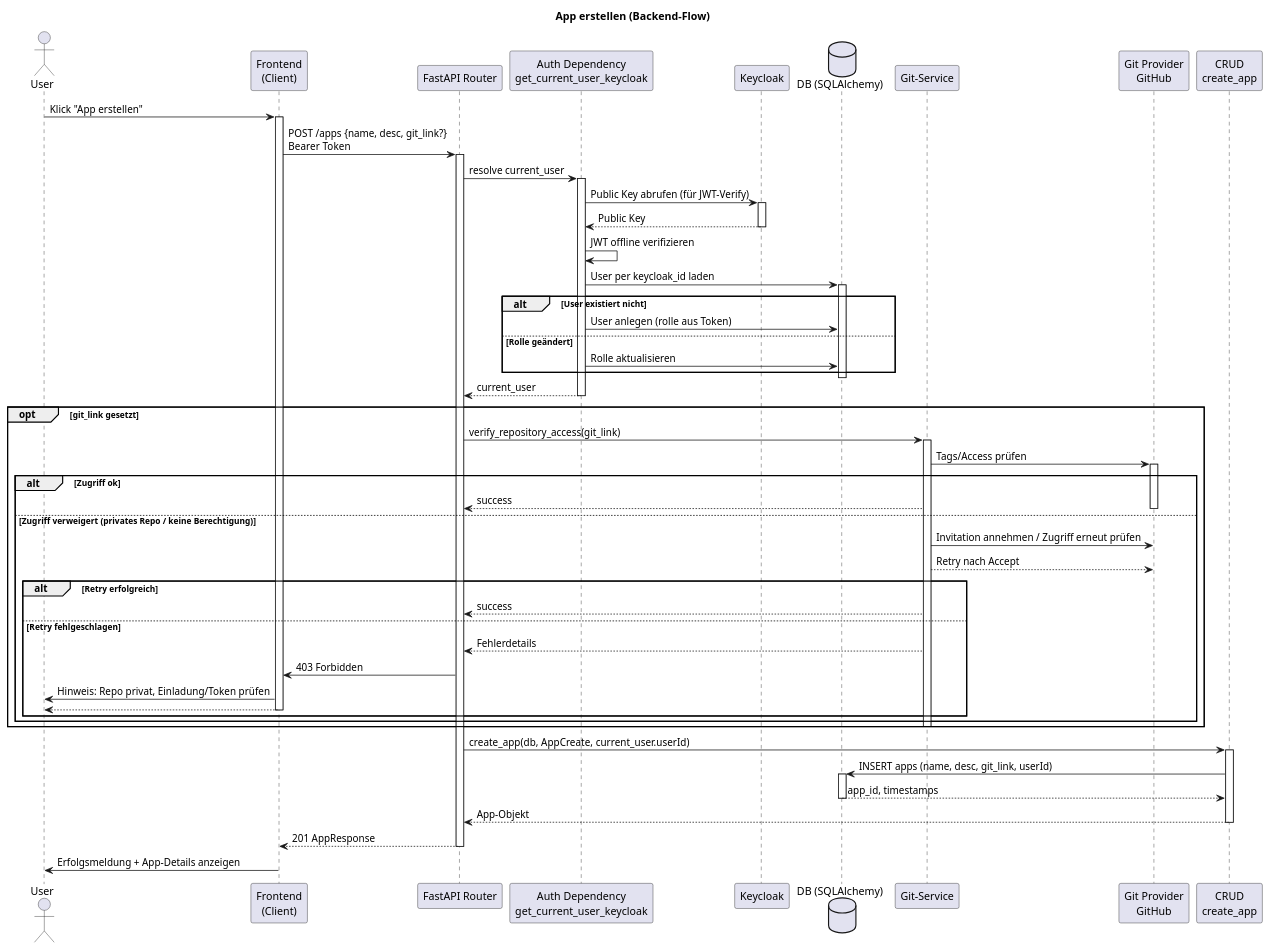
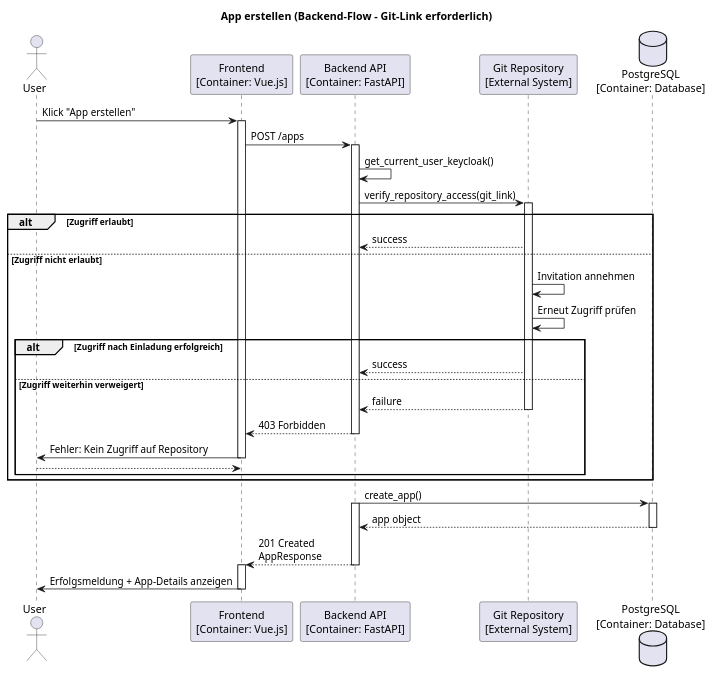
One commit to six7-click-n-deploy/.github changed the diagram in docs/sequenz/app.puml. Above: the diagram before and after it, drawn with PlantUML.

Commit message:
Refactor app creation sequence diagram for clarity and detail

```diff
--- a/docs/sequenz/app.puml
+++ b/docs/sequenz/app.puml
@@ -1,74 +1,53 @@
 @startuml
-title App erstellen (Backend-Flow)
+title App erstellen (Backend-Flow – Git-Link erforderlich)
 
-actor User
-participant "Frontend\n(Client)" as FE
-participant "FastAPI Router" as API
-participant "Auth Dependency\nget_current_user_keycloak" as Auth
-participant "Keycloak" as KC
-database "DB (SQLAlchemy)" as DB
-participant "Git-Service" as Git
-participant "Git Provider\nGitHub" as GP
-participant "CRUD\ncreate_app" as CRUD
+actor "User" as User
+participant "Frontend\n[Container: Vue.js]" as Frontend
+participant "Backend API\n[Container: FastAPI]" as Backend
+participant "Git Repository\n[External System]" as Git
+database "PostgreSQL\n[Container: Database]" as Database
 
-User -> FE: Klick "App erstellen"
-activate FE
-FE -> API: POST /apps {name, desc, git_link?}\nBearer Token
-activate API
-API -> Auth: resolve current_user
-activate Auth
-Auth -> KC: Public Key abrufen (für JWT-Verify)
-activate KC
-KC --> Auth: Public Key
-deactivate KC
-Auth -> Auth: JWT offline verifizieren
-Auth -> DB: User per keycloak_id laden
-activate DB
-alt User existiert nicht
-	Auth -> DB: User anlegen (rolle aus Token)
-else Rolle geändert
-	Auth -> DB: Rolle aktualisieren
-end
-deactivate DB
-Auth --> API: current_user
-deactivate Auth
+User -> Frontend: Klick "App erstellen"
+activate Frontend
+Frontend -> Backend: POST /apps
+activate Backend
 
-opt git_link gesetzt
-	API -> Git: verify_repository_access(git_link)
-	activate Git
-	Git -> GP: Tags/Access prüfen
-	activate GP
-	alt Zugriff ok
-		Git --> API: success
-		deactivate GP
-	else Zugriff verweigert (privates Repo / keine Berechtigung)
-		Git -> GP: Invitation annehmen / Zugriff erneut prüfen
-		Git --> GP: Retry nach Accept
-		alt Retry erfolgreich
-			Git --> API: success
-			deactivate GP
-		else Retry fehlgeschlagen
-			deactivate GP
-			Git --> API: Fehlerdetails
-			API -> FE: 403 Forbidden
-			FE -> User: Hinweis: Repo privat, Einladung/Token prüfen
-			return
-		end
-	end
-	deactivate Git
+Backend -> Backend: get_current_user_keycloak()
+
+Backend -> Git: verify_repository_access(git_link)
+activate Git
+
+alt Zugriff erlaubt
+    Git --> Backend: success
+else Zugriff nicht erlaubt
+    Git -> Git: Invitation annehmen
+    Git -> Git: Erneut Zugriff prüfen
+    alt Zugriff nach Einladung erfolgreich
+        Git --> Backend: success
+    else Zugriff weiterhin verweigert
+        Git --> Backend: failure
+        deactivate Git
+        Backend --> Frontend: 403 Forbidden
+        deactivate Backend
+        Frontend -> User: Fehler: Kein Zugriff auf Repository
+        deactivate Frontend
+        return
+    end
 end
 
-API -> CRUD: create_app(db, AppCreate, current_user.userId)
-activate CRUD
-CRUD -> DB: INSERT apps (name, desc, git_link, userId)
-activate DB
-DB --> CRUD: app_id, timestamps
-deactivate DB
-CRUD --> API: App-Objekt
-deactivate CRUD
-API --> FE: 201 AppResponse
-deactivate API
-FE -> User: Erfolgsmeldung + App-Details anzeigen
-deactivate FE
+deactivate Git
+
+Backend -> Database: create_app()
+activate Database
+activate Backend
+Database --> Backend: app object
+deactivate Database
+
+Backend --> Frontend: 201 Created\nAppResponse
+deactivate Backend
+activate Frontend
+
+Frontend -> User: Erfolgsmeldung + App-Details anzeigen
+deactivate Frontend
 
 @enduml
```
